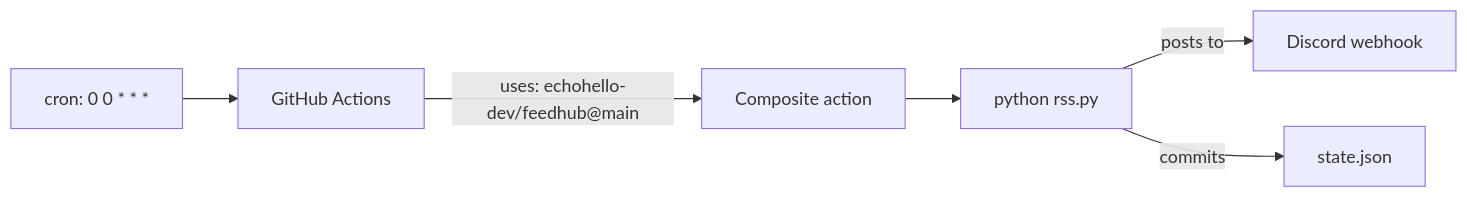
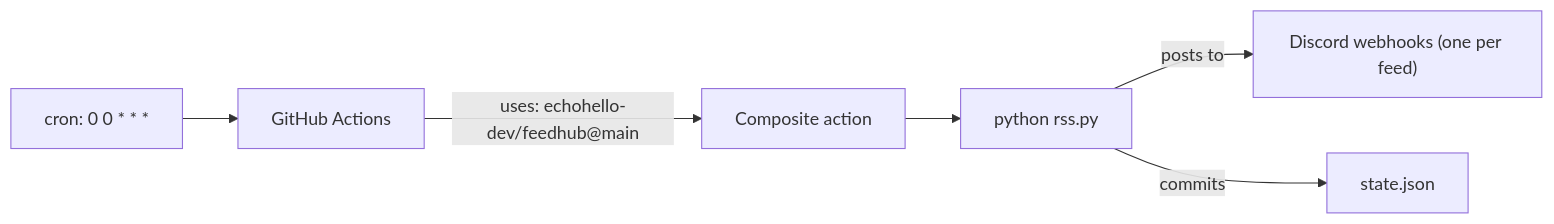
The diagram in README.md (echohello-dev/feeds), drawn with Mermaid before and after one commit. The commit also changed other lines of this file, not shown here.

````diff
--- a/README.md
+++ b/README.md
@@ -17,8 +20,8 @@
 ```mermaid
 flowchart LR
   cron["cron: 0 0 * * *"] --> act["GitHub Actions"]
   act -->|"uses: echohello-dev/feedhub@main"| action["Composite action"]
   action --> py["python rss.py"]
-  py -->|"posts to"| dc["Discord webhook"]
+  py -->|"posts to"| dc["Discord webhooks (one per feed)"]
   py -->|"commits"| st["state.json"]
 ```
````
